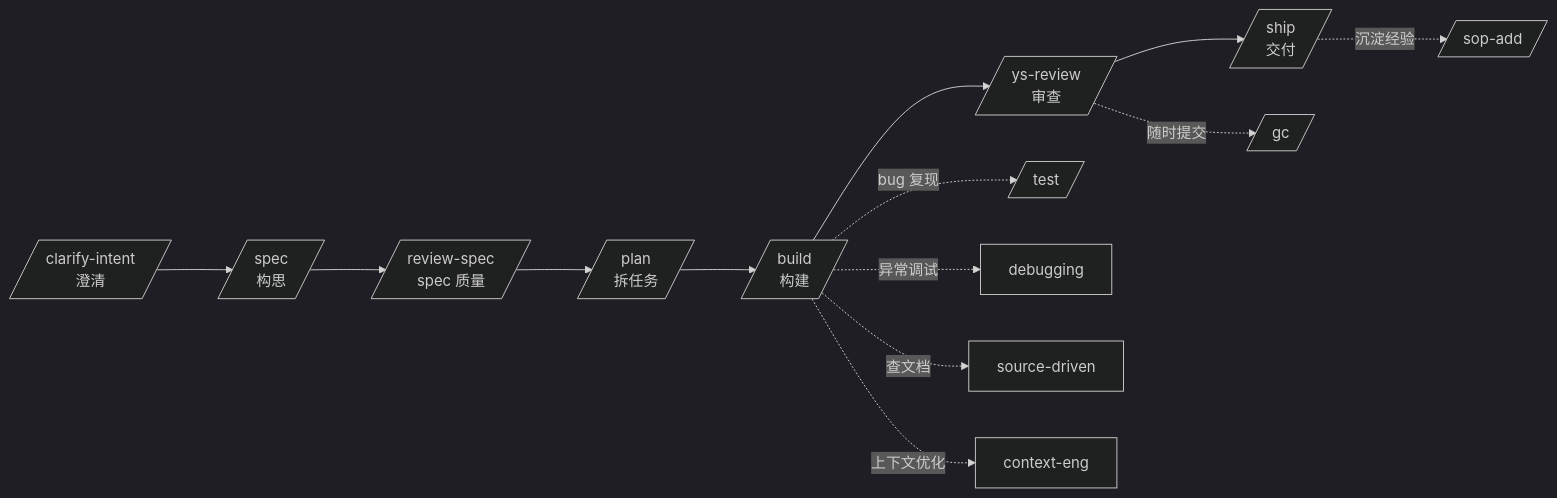
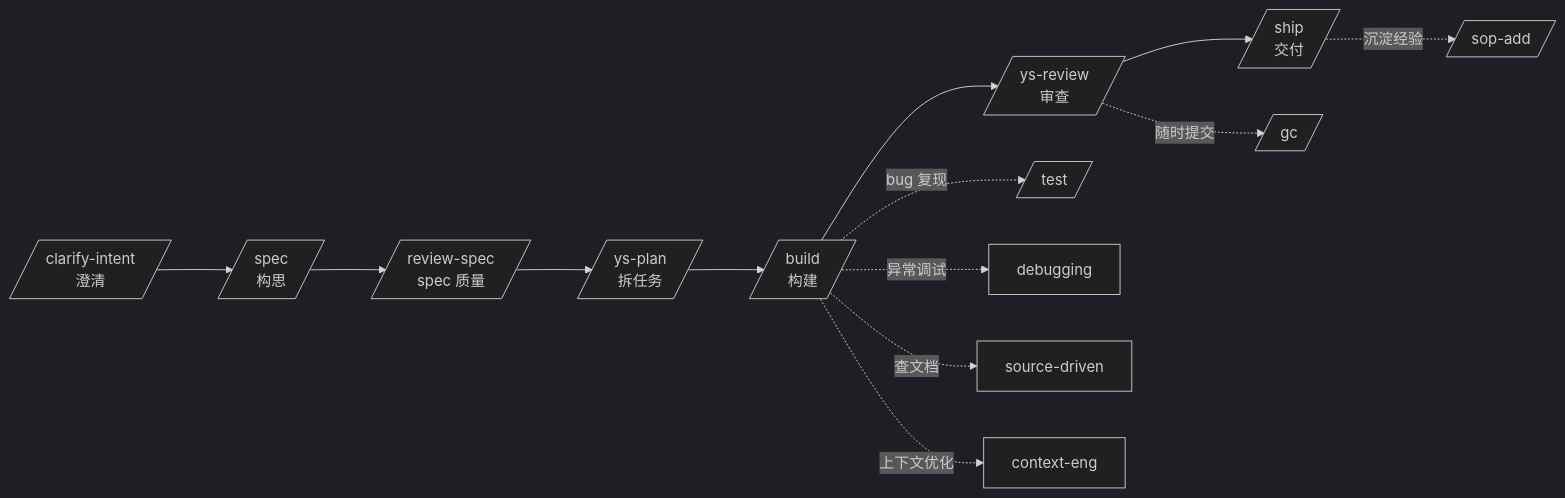
One commit to carl10086/ys-powers changed the diagram in docs/share/share-v2.md. Above: the diagram before and after it, drawn with Mermaid (dark theme). The commit also changed other lines of this file and 13 other files, not shown here.

````diff
--- a/docs/share/share-v2.md
+++ b/docs/share/share-v2.md
@@ -75,16 +75,16 @@
 ```mermaid
 flowchart LR
     A[/clarify-intent<br/>澄清/] --> B[/spec<br/>构思/]
     B --> C[/review-spec<br/>spec 质量/]
-    C --> D[/plan<br/>拆任务/]
+    C --> D[/ys-plan<br/>拆任务/]
     D --> E[/build<br/>构建/]
     E --> F[/ys-review<br/>审查/]
     F --> G[/ship<br/>交付/]
 
     E -.bug 复现.-> H[/test/]
     E -.异常调试.-> I[debugging]
     E -.查文档.-> J[source-driven]
     E -.上下文优化.-> K[context-eng]
     F -.随时提交.-> L[/gc/]
     G -.沉淀经验.-> M[/sop-add/]
 ```
````
